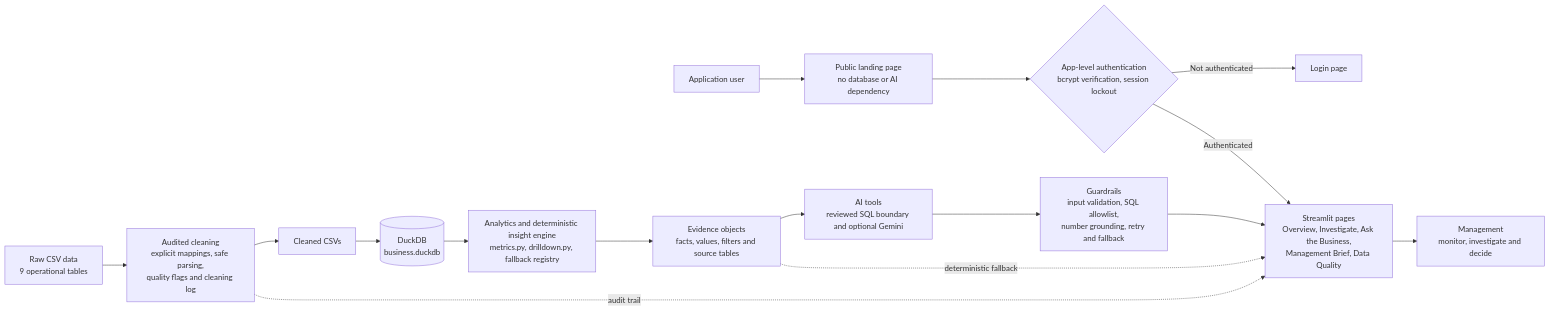
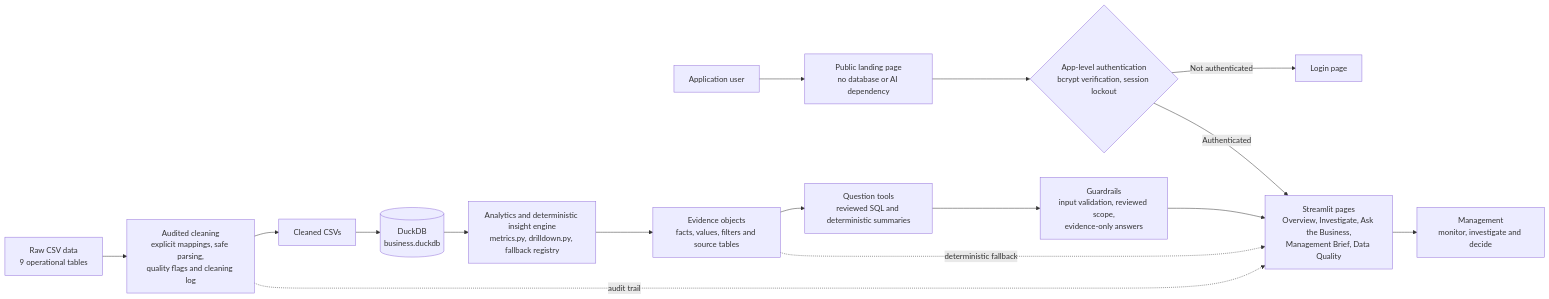
Before and after one commit to goflarbi-max/versalMotors: the second of 4 diagrams in docs/architecture.md, drawn with Mermaid. The commit also changed other lines of this file and 6 other files, not shown here.

````diff
--- a/docs/architecture.md
+++ b/docs/architecture.md
@@ -20,23 +20,23 @@
 ```mermaid
 flowchart LR
     USER[Application user] --> LANDING[Public landing page<br/>no database or AI dependency]
     LANDING --> AUTH{App-level authentication<br/>bcrypt verification, session lockout}
     AUTH -- Not authenticated --> LOGIN[Login page]
     AUTH -- Authenticated --> UI
 
     RAW[Raw CSV data<br/>9 operational tables] --> CLEAN[Audited cleaning<br/>explicit mappings, safe parsing,<br/>quality flags and cleaning log]
     CLEAN --> FILES[Cleaned CSVs]
     FILES --> DB[(DuckDB<br/>business.duckdb)]
 
     DB --> ANALYTICS[Analytics and deterministic insight engine<br/>metrics.py, drilldown.py, fallback registry]
     ANALYTICS --> EVIDENCE[Evidence objects<br/>facts, values, filters and source tables]
 
-    EVIDENCE --> TOOLS[AI tools<br/>reviewed SQL boundary and optional Gemini]
-    TOOLS --> GUARDS[Guardrails<br/>input validation, SQL allowlist,<br/>number grounding, retry and fallback]
+    EVIDENCE --> TOOLS[Question tools<br/>reviewed SQL and deterministic summaries]
+    TOOLS --> GUARDS[Guardrails<br/>input validation, reviewed scope,<br/>evidence-only answers]
 
     GUARDS --> UI[Streamlit pages<br/>Overview, Investigate, Ask the Business,<br/>Management Brief, Data Quality]
     UI --> MGMT[Management<br/>monitor, investigate and decide]
 
     CLEAN -. audit trail .-> UI
     EVIDENCE -. deterministic fallback .-> UI
 ```
````
